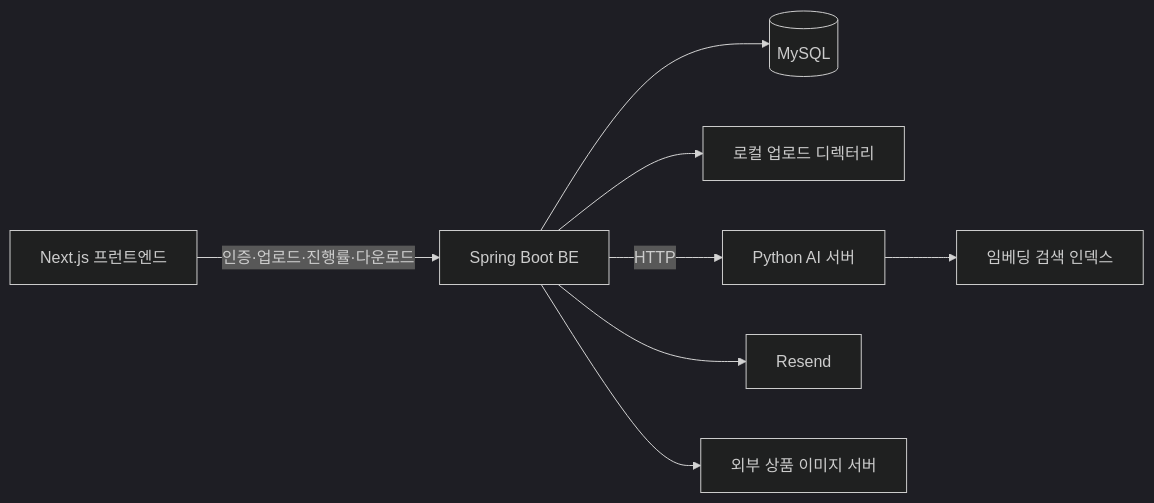
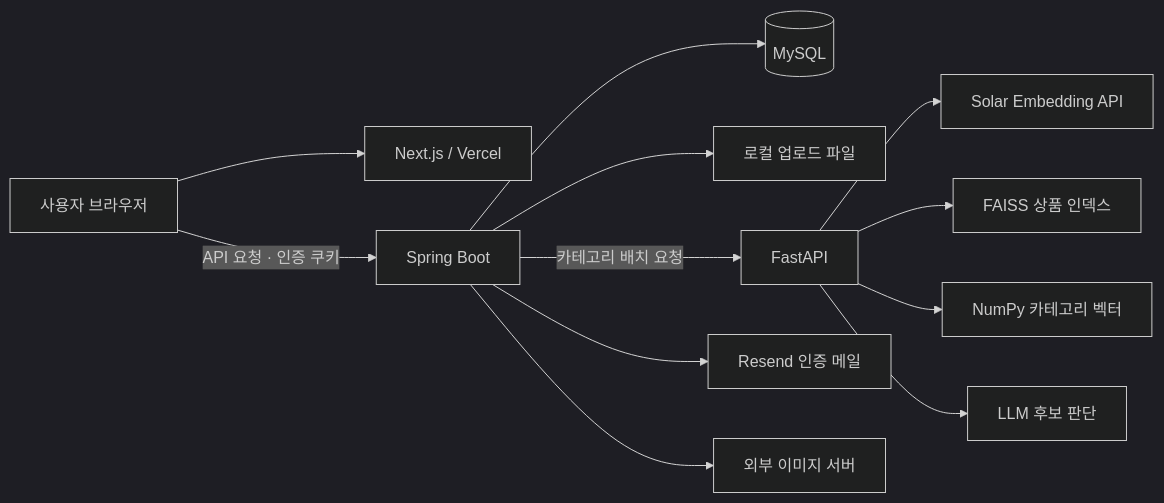
The first of 2 diagrams in README.md (storepilot-app/be), drawn with Mermaid (dark theme) before and after one commit. The commit also changed other lines of this file, not shown here.

````diff
--- a/README.md
+++ b/README.md
@@ -23,10 +39,14 @@
 ```mermaid
 flowchart LR
-    FE[Next.js 프런트엔드] -->|인증·업로드·진행률·다운로드| BE[Spring Boot BE]
+    U[사용자 브라우저] --> FE[Next.js / Vercel]
+    U -->|API 요청 · 인증 쿠키| BE[Spring Boot]
     BE --> DB[(MySQL)]
-    BE --> FILES[로컬 업로드 디렉터리]
-    BE -->|HTTP| AI[Python AI 서버]
-    AI --> INDEX[임베딩 검색 인덱스]
-    BE --> MAIL[Resend]
-    BE --> IMAGE[외부 상품 이미지 서버]
+    BE --> FILES[로컬 업로드 파일]
+    BE -->|카테고리 배치 요청| AI[FastAPI]
+    AI --> EMB[Solar Embedding API]
+    AI --> PRODUCT[FAISS 상품 인덱스]
+    AI --> CATEGORY[NumPy 카테고리 벡터]
+    AI --> LLM[LLM 후보 판단]
+    BE --> MAIL[Resend 인증 메일]
+    BE --> IMAGE[외부 이미지 서버]
 ```
````
